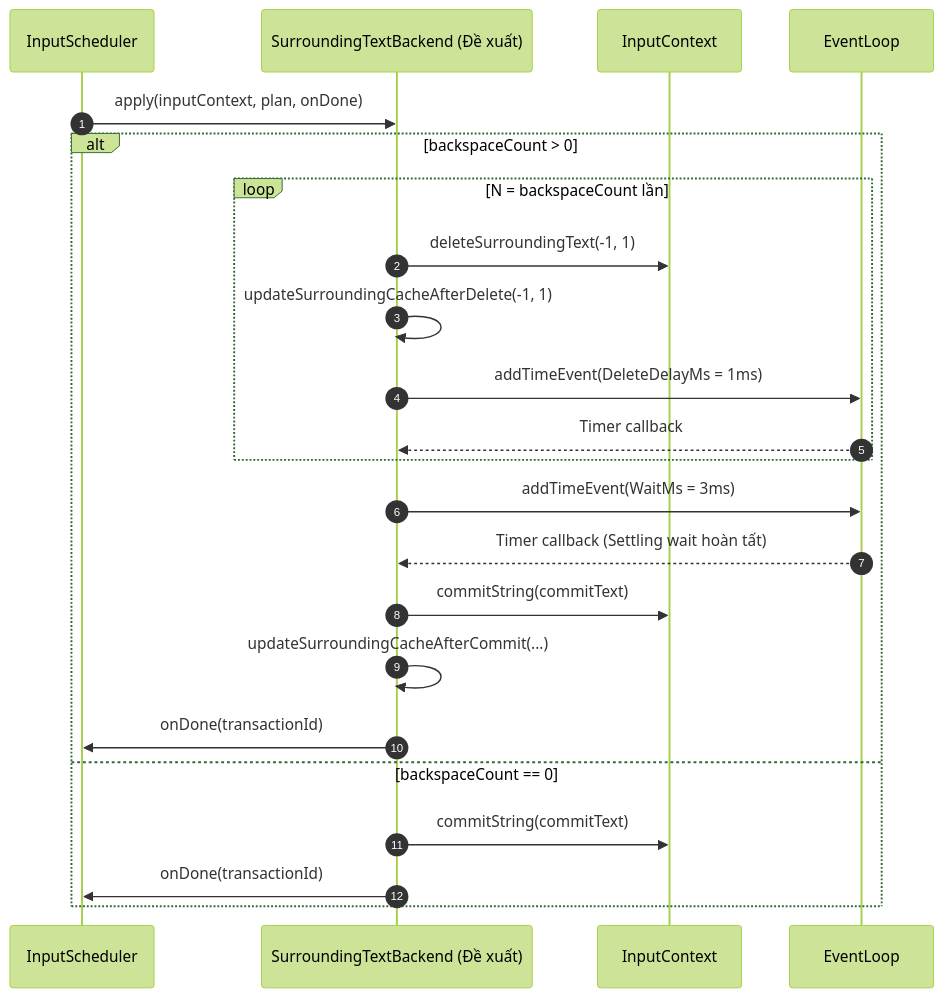
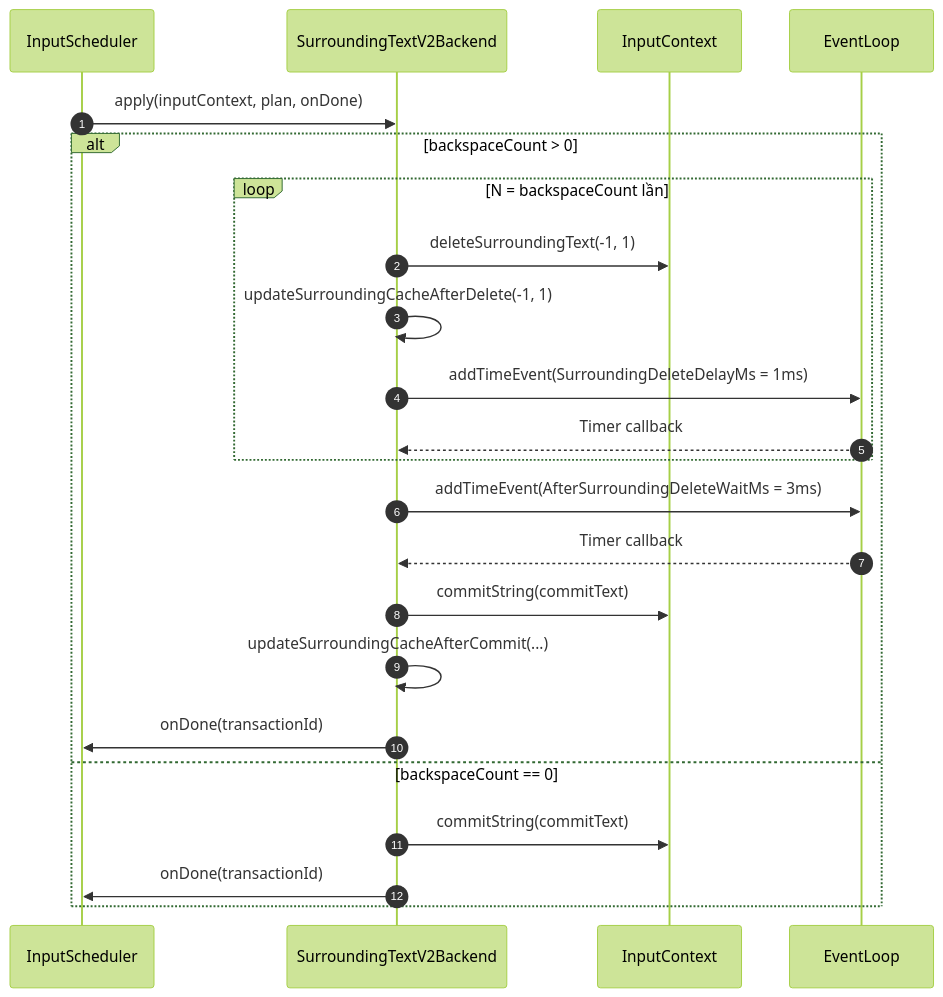
One commit to xhkzeroone/ArecaIME changed the sixth of 6 diagrams in docs/ARCHITECTURE.md. Above: the diagram before and after it, drawn with Mermaid (forest theme). The commit also changed other lines of this file and 14 other files, not shown here.

Commit message:
feat: implement SurroundingTextV2Backend with incremental delete

````diff
--- a/docs/ARCHITECTURE.md
+++ b/docs/ARCHITECTURE.md
@@ -430,28 +431,28 @@
 ```mermaid
 sequenceDiagram
     autonumber
     participant S as InputScheduler
-    participant B as SurroundingTextBackend (Đề xuất)
+    participant B as SurroundingTextV2Backend
     participant IC as InputContext
     participant EL as EventLoop
 
     S->>B: apply(inputContext, plan, onDone)
     
     alt backspaceCount > 0
         loop N = backspaceCount lần
             B->>IC: deleteSurroundingText(-1, 1)
             B->>B: updateSurroundingCacheAfterDelete(-1, 1)
-            B->>EL: addTimeEvent(DeleteDelayMs = 1ms)
+            B->>EL: addTimeEvent(SurroundingDeleteDelayMs = 1ms)
             EL-->>B: Timer callback
         end
         
-        B->>EL: addTimeEvent(WaitMs = 3ms)
-        EL-->>B: Timer callback (Settling wait hoàn tất)
+        B->>EL: addTimeEvent(AfterSurroundingDeleteWaitMs = 3ms)
+        EL-->>B: Timer callback
         B->>IC: commitString(commitText)
         B->>B: updateSurroundingCacheAfterCommit(...)
         B->>S: onDone(transactionId)
     else backspaceCount == 0
         B->>IC: commitString(commitText)
         B->>S: onDone(transactionId)
     end
 ```
````
